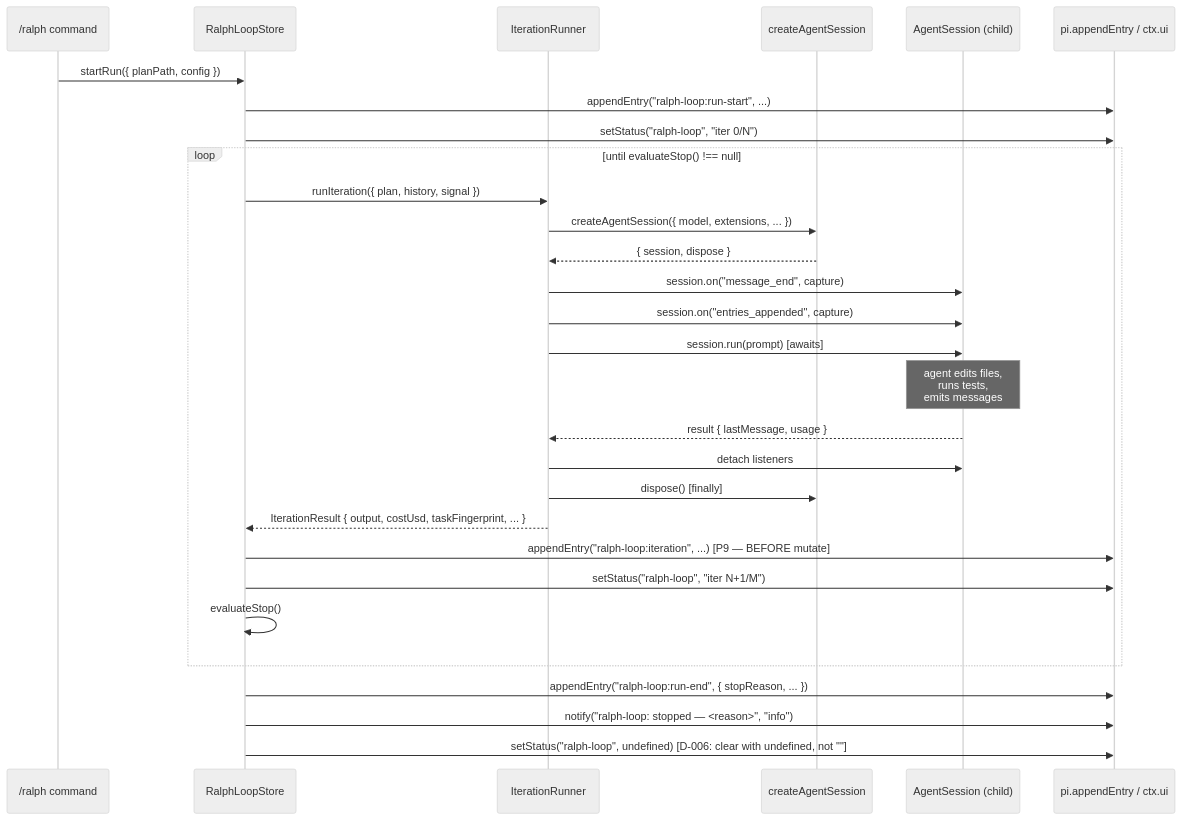
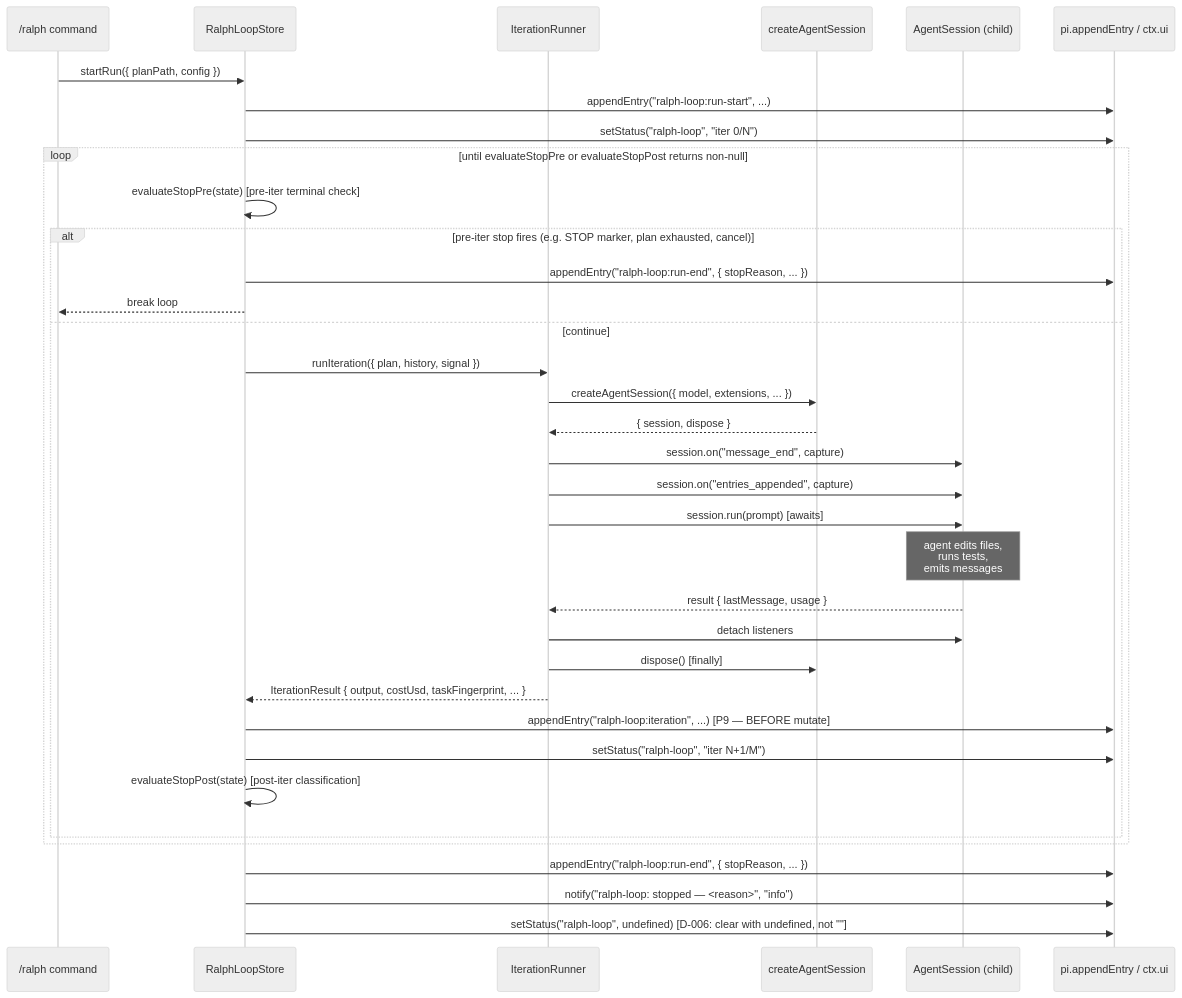
One commit to vaughanknight/pij changed the diagram in docs/plans/008-ralph-loop-extension/workshops/002-sdk-iteration-lifecycle.md. Above: the diagram before and after it, drawn with Mermaid (neutral theme). The commit also changed other lines of this file and 5 other files, not shown here.

````diff
--- a/docs/plans/008-ralph-loop-extension/workshops/002-sdk-iteration-lifecycle.md
+++ b/docs/plans/008-ralph-loop-extension/workshops/002-sdk-iteration-lifecycle.md
@@ -110,32 +110,38 @@
 ```mermaid
 sequenceDiagram
     participant Cmd as /ralph command
     participant Store as RalphLoopStore
     participant Runner as IterationRunner
     participant SDK as createAgentSession
     participant Session as AgentSession (child)
     participant Pi as pi.appendEntry / ctx.ui
 
     Cmd->>Store: startRun({ planPath, config })
     Store->>Pi: appendEntry("ralph-loop:run-start", ...)
     Store->>Pi: setStatus("ralph-loop", "iter 0/N")
-    loop until evaluateStop() !== null
-        Store->>Runner: runIteration({ plan, history, signal })
-        Runner->>SDK: createAgentSession({ model, extensions, ... })
-        SDK-->>Runner: { session, dispose }
-        Runner->>Session: session.on("message_end", capture)
-        Runner->>Session: session.on("entries_appended", capture)
-        Runner->>Session: session.run(prompt) [awaits]
-        Note over Session: agent edits files,<br/>runs tests,<br/>emits messages
-        Session-->>Runner: result { lastMessage, usage }
-        Runner->>Session: detach listeners
-        Runner->>SDK: dispose() [finally]
-        Runner-->>Store: IterationResult { output, costUsd, taskFingerprint, ... }
-        Store->>Pi: appendEntry("ralph-loop:iteration", ...) [P9 — BEFORE mutate]
-        Store->>Pi: setStatus("ralph-loop", "iter N+1/M")
-        Store->>Store: evaluateStop()
+    loop until evaluateStopPre or evaluateStopPost returns non-null
+        Store->>Store: evaluateStopPre(state) [pre-iter terminal check]
+        alt pre-iter stop fires (e.g. STOP marker, plan exhausted, cancel)
+            Store->>Pi: appendEntry("ralph-loop:run-end", { stopReason, ... })
+            Store-->>Cmd: break loop
+        else continue
+            Store->>Runner: runIteration({ plan, history, signal })
+            Runner->>SDK: createAgentSession({ model, extensions, ... })
+            SDK-->>Runner: { session, dispose }
+            Runner->>Session: session.on("message_end", capture)
+            Runner->>Session: session.on("entries_appended", capture)
+            Runner->>Session: session.run(prompt) [awaits]
+            Note over Session: agent edits files,<br/>runs tests,<br/>emits messages
+            Session-->>Runner: result { lastMessage, usage }
+            Runner->>Session: detach listeners
+            Runner->>SDK: dispose() [finally]
+            Runner-->>Store: IterationResult { output, costUsd, taskFingerprint, ... }
+            Store->>Pi: appendEntry("ralph-loop:iteration", ...) [P9 — BEFORE mutate]
+            Store->>Pi: setStatus("ralph-loop", "iter N+1/M")
+            Store->>Store: evaluateStopPost(state) [post-iter classification]
+        end
     end
     Store->>Pi: appendEntry("ralph-loop:run-end", { stopReason, ... })
     Store->>Pi: notify("ralph-loop: stopped — <reason>", "info")
     Store->>Pi: setStatus("ralph-loop", undefined) [D-006: clear with undefined, not ""]
 ```
````
